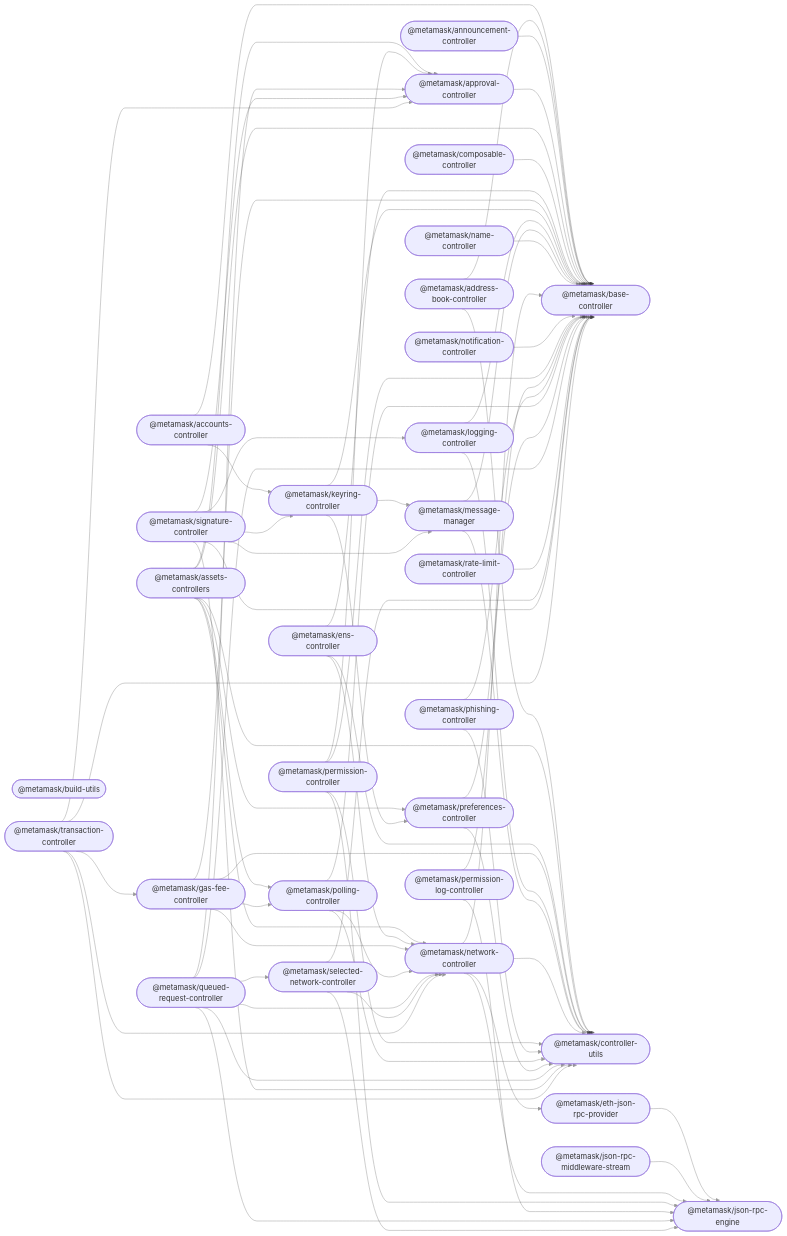
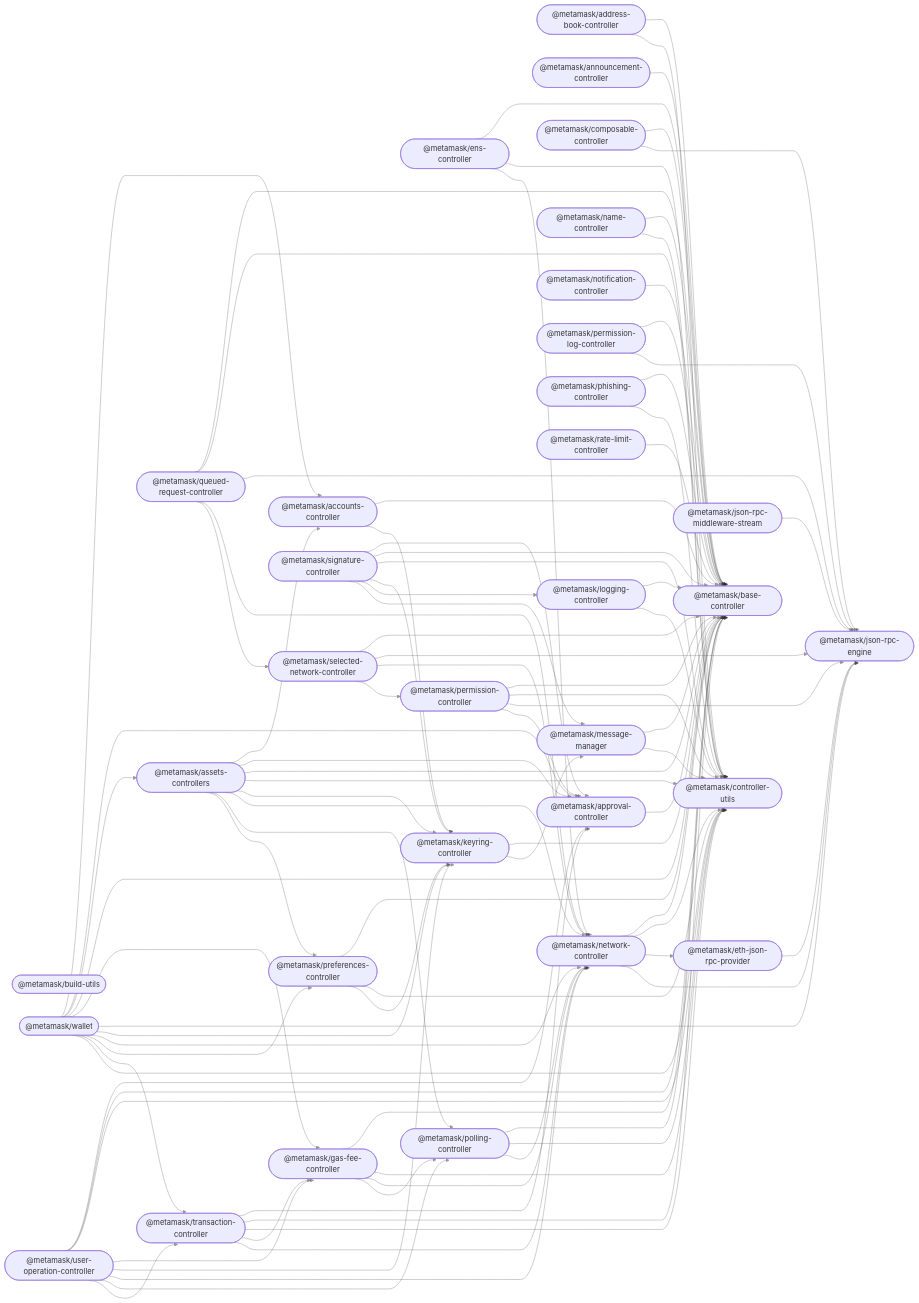
Before and after one commit to MetaMask/core: the diagram in README.md, drawn with Mermaid. The commit also changed other lines of this file and 15 other files, not shown here.

First line of the commit message:
feat: Add `@metamask/wallet` package

````diff
--- a/README.md
+++ b/README.md
@@ -79,19 +81,24 @@
   selected_network_controller(["@metamask/selected-network-controller"]);
   signature_controller(["@metamask/signature-controller"]);
   transaction_controller(["@metamask/transaction-controller"]);
+  user_operation_controller(["@metamask/user-operation-controller"]);
+  wallet(["@metamask/wallet"]);
   accounts_controller --> base_controller;
   accounts_controller --> keyring_controller;
   address_book_controller --> base_controller;
   address_book_controller --> controller_utils;
   announcement_controller --> base_controller;
   approval_controller --> base_controller;
+  assets_controllers --> accounts_controller;
   assets_controllers --> approval_controller;
   assets_controllers --> base_controller;
   assets_controllers --> controller_utils;
+  assets_controllers --> keyring_controller;
   assets_controllers --> network_controller;
   assets_controllers --> polling_controller;
   assets_controllers --> preferences_controller;
   composable_controller --> base_controller;
+  composable_controller --> json_rpc_engine;
   ens_controller --> base_controller;
   ens_controller --> controller_utils;
   ens_controller --> network_controller;
@@ -103,21 +110,21 @@
   json_rpc_middleware_stream --> json_rpc_engine;
   keyring_controller --> base_controller;
   keyring_controller --> message_manager;
-  keyring_controller --> preferences_controller;
   logging_controller --> base_controller;
   logging_controller --> controller_utils;
   message_manager --> base_controller;
   message_manager --> controller_utils;
   name_controller --> base_controller;
+  name_controller --> controller_utils;
   network_controller --> base_controller;
   network_controller --> controller_utils;
   network_controller --> eth_json_rpc_provider;
   network_controller --> json_rpc_engine;
   notification_controller --> base_controller;
-  permission_controller --> approval_controller;
   permission_controller --> base_controller;
   permission_controller --> controller_utils;
   permission_controller --> json_rpc_engine;
+  permission_controller --> approval_controller;
   permission_log_controller --> base_controller;
   permission_log_controller --> json_rpc_engine;
   phishing_controller --> base_controller;
@@ -127,7 +134,7 @@
   polling_controller --> network_controller;
   preferences_controller --> base_controller;
   preferences_controller --> controller_utils;
-  queued_request_controller --> approval_controller;
+  preferences_controller --> keyring_controller;
   queued_request_controller --> base_controller;
   queued_request_controller --> controller_utils;
   queued_request_controller --> json_rpc_engine;
@@ -137,6 +144,7 @@
   selected_network_controller --> base_controller;
   selected_network_controller --> json_rpc_engine;
   selected_network_controller --> network_controller;
+  selected_network_controller --> permission_controller;
   signature_controller --> approval_controller;
   signature_controller --> base_controller;
   signature_controller --> controller_utils;
@@ -148,4 +156,23 @@
   transaction_controller --> controller_utils;
   transaction_controller --> gas_fee_controller;
   transaction_controller --> network_controller;
+  user_operation_controller --> approval_controller;
+  user_operation_controller --> base_controller;
+  user_operation_controller --> controller_utils;
+  user_operation_controller --> gas_fee_controller;
+  user_operation_controller --> keyring_controller;
+  user_operation_controller --> network_controller;
+  user_operation_controller --> polling_controller;
+  user_operation_controller --> transaction_controller;
+  wallet --> accounts_controller;
+  wallet --> approval_controller;
+  wallet --> assets_controllers;
+  wallet --> base_controller;
+  wallet --> gas_fee_controller;
+  wallet --> json_rpc_engine;
+  wallet --> keyring_controller;
+  wallet --> network_controller;
+  wallet --> preferences_controller;
+  wallet --> transaction_controller;
+  wallet --> controller_utils;
 ```
````
